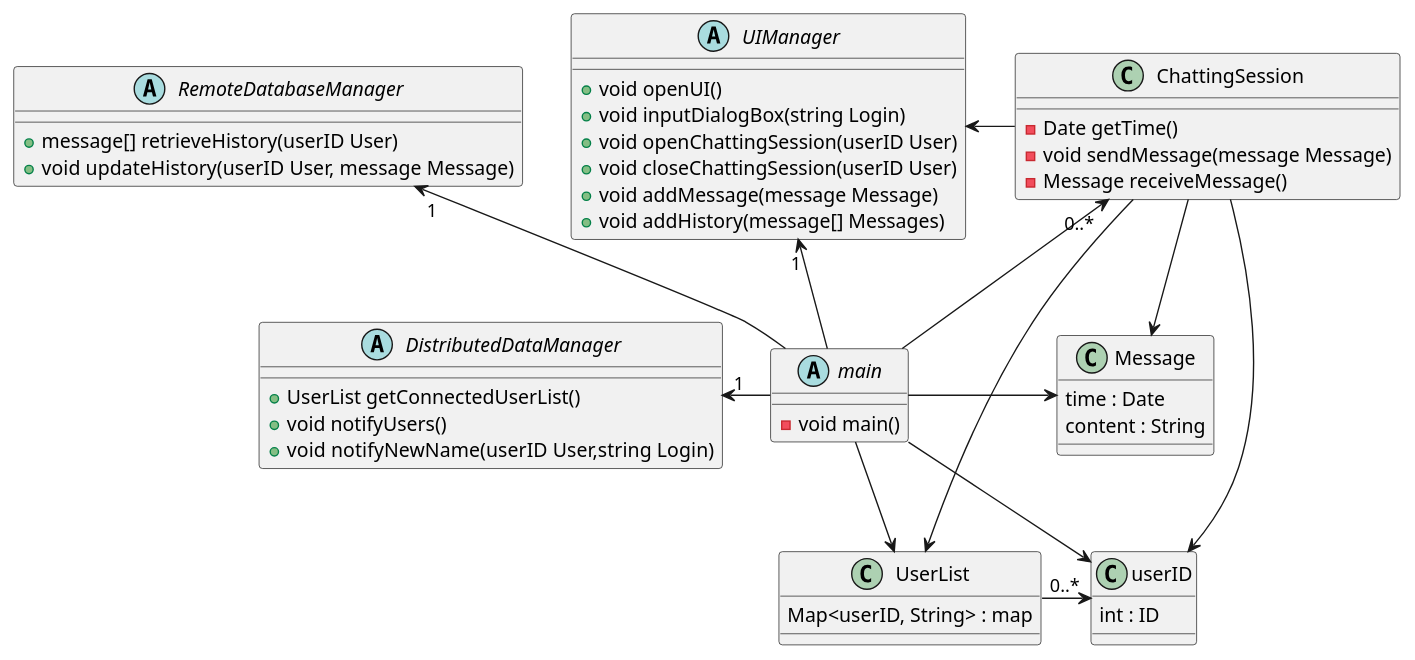
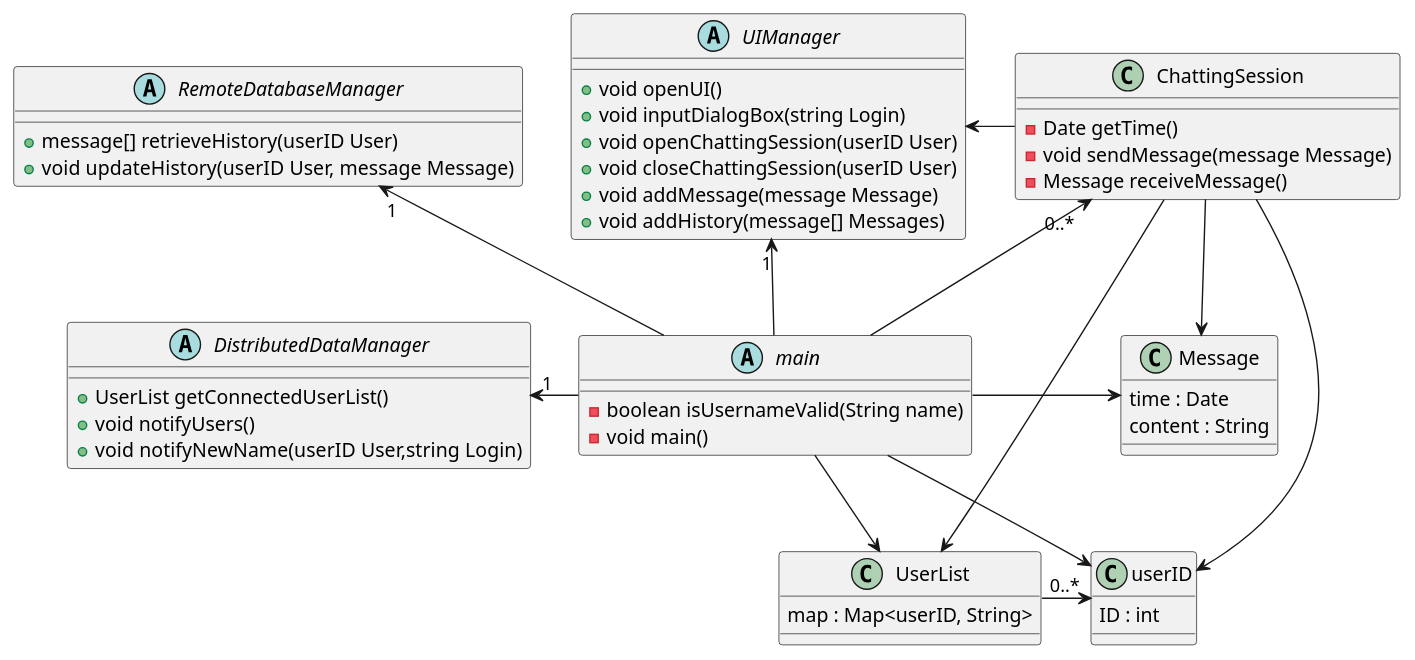
Before and after one commit to scanim-valentin/decentralized-chat-system: the diagram in UMLPlant/class.wsd, drawn with PlantUML. The commit also changed 3 other files, not shown here.

```diff
--- a/UMLPlant/class.wsd
+++ b/UMLPlant/class.wsd
@@ -1,59 +1,60 @@
 @startuml class
 abstract class main {
+    -boolean isUsernameValid(String name)
     -void main()
 }
 
 abstract class UIManager {
     +void openUI()
     +void inputDialogBox(string Login)
     +void openChattingSession(userID User)
     +void closeChattingSession(userID User)
     +void addMessage(message Message)
     +void addHistory(message[] Messages)
 }
 
 abstract class DistributedDataManager {
     +UserList getConnectedUserList()
     +void notifyUsers()
     +void notifyNewName(userID User,string Login)
 }
 
 abstract class  RemoteDatabaseManager{
     +message[] retrieveHistory(userID User)
     +void updateHistory(userID User, message Message)
 }
 
 class ChattingSession{
     -Date getTime()
     -void sendMessage(message Message)
     -Message receiveMessage()
 }
 
 class Message{
     time : Date
     content : String
 }
 
 class UserList{
-    Map<userID, String> : map
+    map : Map<userID, String> 
 }
 
 class userID{
-    int : ID
+    ID : int
 } 
 
 
 RemoteDatabaseManager "1" <-- main
 DistributedDataManager "1" <- main
 UIManager "1" <- main
 ChattingSession "0..*" <-- main
 UIManager <- ChattingSession
 UserList -> "0..*" userID
-main -> userID
-ChattingSession --> userID
+main --> userID
+ChattingSession -> userID
 main --> UserList
-ChattingSession --> UserList
+ChattingSession -> UserList
 ChattingSession -> Message
 main -> Message
 
 @enduml
```
